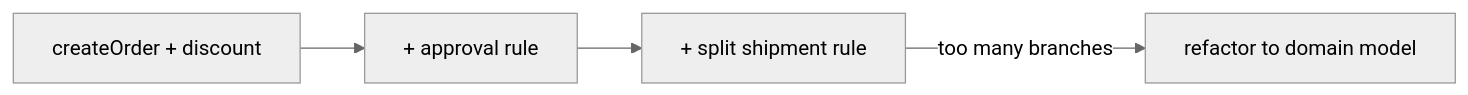
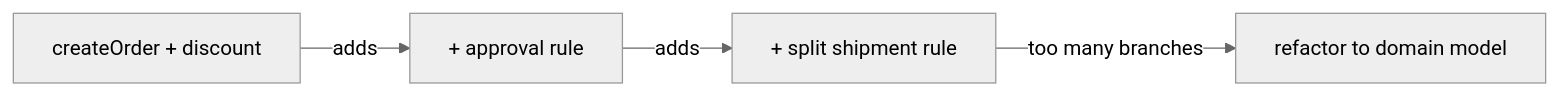
One commit to vinayakuber/microservices-io-study-guide changed diagram 12 of 13 in docs/ch20-transaction-script.md. Above: the diagram before and after it, drawn with Mermaid (neutral theme). The commit also changed other lines of this file and 71 other files, not shown here.

First line of the commit message:
R18: label every diagram arrow with its meaning

````diff
--- a/docs/ch20-transaction-script.md
+++ b/docs/ch20-transaction-script.md
@@ -364,6 +364,6 @@
 ```mermaid
 flowchart LR
-  A["createOrder + discount"] --> B["+ approval rule"]
-  B --> C["+ split shipment rule"]
+  A["createOrder + discount"] -->|"adds"| B["+ approval rule"]
+  B -->|"adds"| C["+ split shipment rule"]
   C -->|too many branches| FIX["refactor to domain model"]
 ```
````
